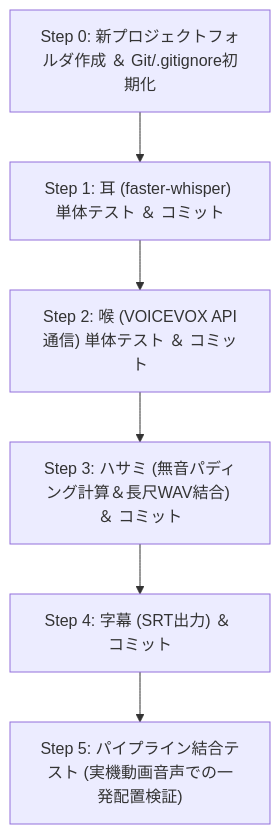
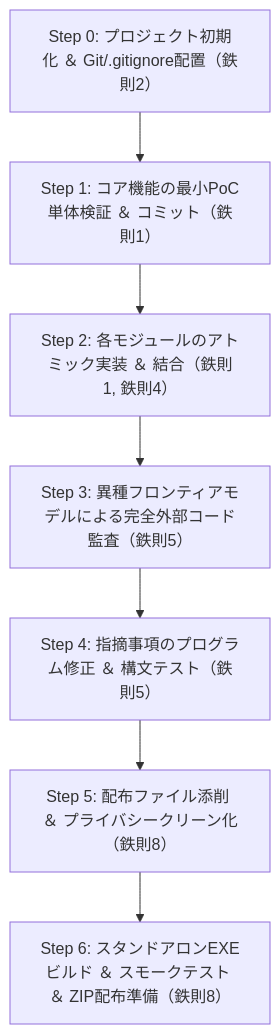
One commit to sayuta-studio/harmonica-visualizer changed the second of 2 diagrams in ai_development_playbook.md. Above: the diagram before and after it, drawn with Mermaid. The commit also changed other lines of this file, not shown here.

````diff
--- a/ai_development_playbook.md
+++ b/ai_development_playbook.md
@@ -103,8 +161,9 @@
 ```mermaid
 flowchart TD
-    S0["Step 0: 新プロジェクトフォルダ作成 ＆ Git/.gitignore初期化"] --> S1["Step 1: 耳 (faster-whisper) 単体テスト ＆ コミット"]
-    S1 --> S2["Step 2: 喉 (VOICEVOX API通信) 単体テスト ＆ コミット"]
-    S2 --> S3["Step 3: ハサミ (無音パディング計算＆長尺WAV結合) ＆ コミット"]
-    S3 --> S4["Step 4: 字幕 (SRT出力) ＆ コミット"]
-    S4 --> S5["Step 5: パイプライン結合テスト (実機動画音声での一発配置検証)"]
+    S0["Step 0: プロジェクト初期化 ＆ Git/.gitignore配置（鉄則2）"] --> S1["Step 1: コア機能の最小PoC単体検証 ＆ コミット（鉄則1）"]
+    S1 --> S2["Step 2: 各モジュールのアトミック実装 ＆ 結合（鉄則1, 鉄則4）"]
+    S2 --> S3["Step 3: 異種フロンティアモデルによる完全外部コード監査（鉄則5）"]
+    S3 --> S4["Step 4: 指摘事項のプログラム修正 ＆ 構文テスト（鉄則5）"]
+    S4 --> S5["Step 5: 配布ファイル添削 ＆ プライバシークリーン化（鉄則8）"]
+    S5 --> S6["Step 6: スタンドアロンEXEビルド ＆ スモークテスト ＆ ZIP配布準備（鉄則8）"]
 ```
````
